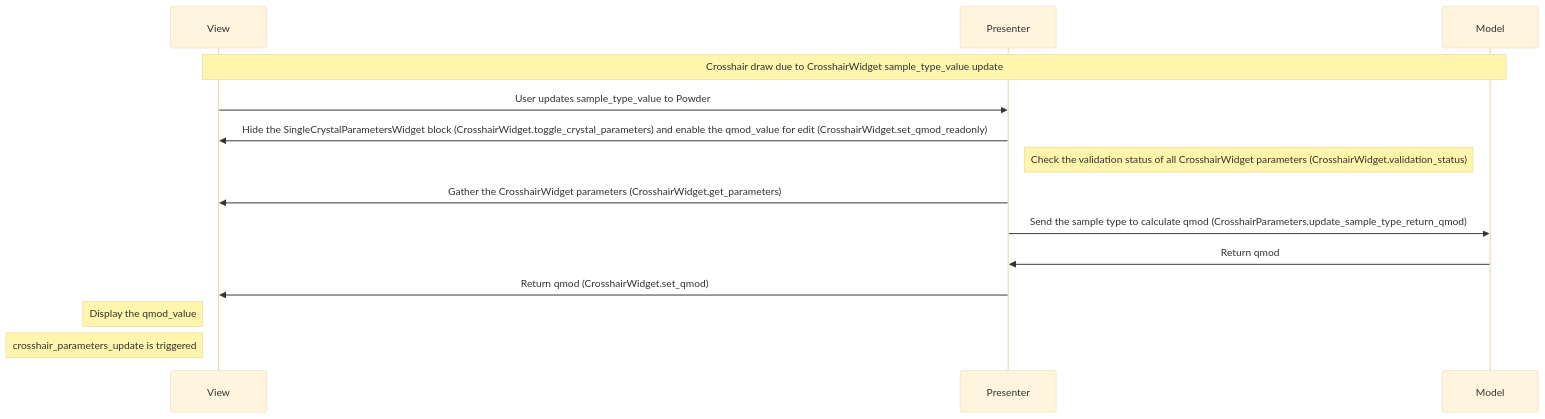
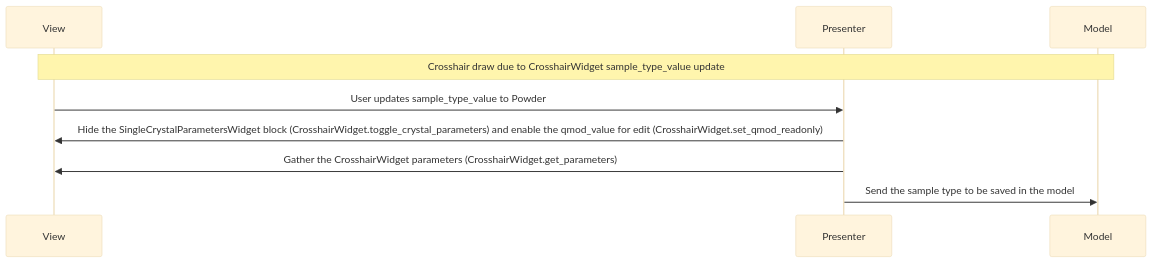
The tenth of 13 diagrams in docs/source/design/hyspecpptclasses.rst (neutrons/hyspecppt), drawn with Mermaid (base theme) before and after one commit. The commit also changed other lines of this file, not shown here.

```diff
--- a/docs/source/design/hyspecpptclasses.rst
+++ b/docs/source/design/hyspecpptclasses.rst
@@ -536,17 +536,12 @@
             .. mermaid::
 
                 sequenceDiagram
                     participant View
                     participant Presenter
                     participant Model
 
                     Note over View,Model: Crosshair draw due to CrosshairWidget sample_type_value update
                     View->>Presenter: User updates sample_type_value to Powder
                     Presenter->>View: Hide the SingleCrystalParametersWidget block (CrosshairWidget.toggle_crystal_parameters) and enable the qmod_value for edit (CrosshairWidget.set_qmod_readonly)
-                    Note right of Presenter: Check the validation status of all CrosshairWidget parameters (CrosshairWidget.validation_status)
                     Presenter->>View: Gather the CrosshairWidget  parameters (CrosshairWidget.get_parameters)
-                    Presenter->>Model: Send the sample type to calculate qmod (CrosshairParameters.update_sample_type_return_qmod)
-                    Model->>Presenter: Return qmod
-                    Presenter->>View: Return qmod (CrosshairWidget.set_qmod)
-                    Note left of View: Display the qmod_value
-                    Note left of View: crosshair_parameters_update is triggered
+                    Presenter->>Model: Send the sample type to be saved in the model
```
